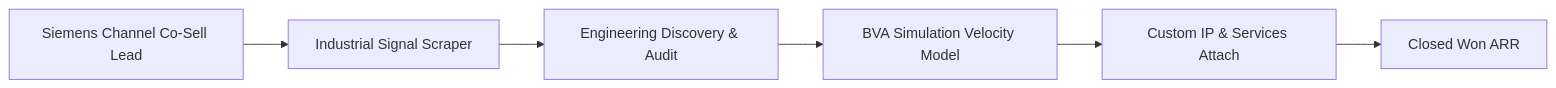
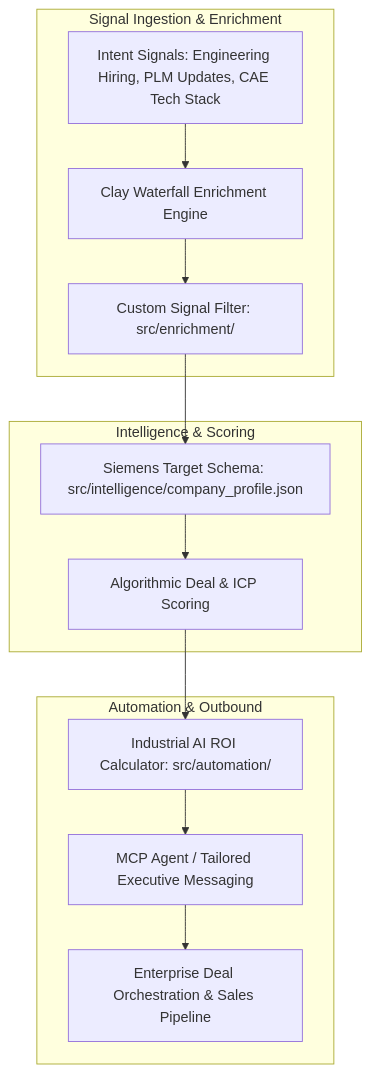
One commit to peytonbackus-spec/Maya-HTT-GTM-Toolkit changed the diagram in README.md. Above: the diagram before and after it, drawn with Mermaid. The commit also changed other lines of this file, not shown here.

Commit message:
docs: add Mermaid system architecture flowchart to README

````diff
--- a/README.md
+++ b/README.md
@@ -11,8 +9,18 @@
 ```mermaid
-flowchart LR
-    A[Siemens Channel Co-Sell Lead] --> B[Industrial Signal Scraper]
-    B --> C[Engineering Discovery & Audit]
-    C --> D[BVA Simulation Velocity Model]
-    D --> E[Custom IP & Services Attach]
-    E --> F[Closed Won ARR]
+flowchart TD
+    subgraph Signal Ingestion & Enrichment
+        A[Intent Signals: Engineering Hiring, PLM Updates, CAE Tech Stack] --> B[Clay Waterfall Enrichment Engine]
+        B --> C[Custom Signal Filter: src/enrichment/]
+    end
+
+    subgraph Intelligence & Scoring
+        C --> D[Siemens Target Schema: src/intelligence/company_profile.json]
+        D --> E[Algorithmic Deal & ICP Scoring]
+    end
+
+    subgraph Automation & Outbound
+        E --> F[Industrial AI ROI Calculator: src/automation/]
+        F --> G[MCP Agent / Tailored Executive Messaging]
+        G --> H[Enterprise Deal Orchestration & Sales Pipeline]
+    end
 ```
````
